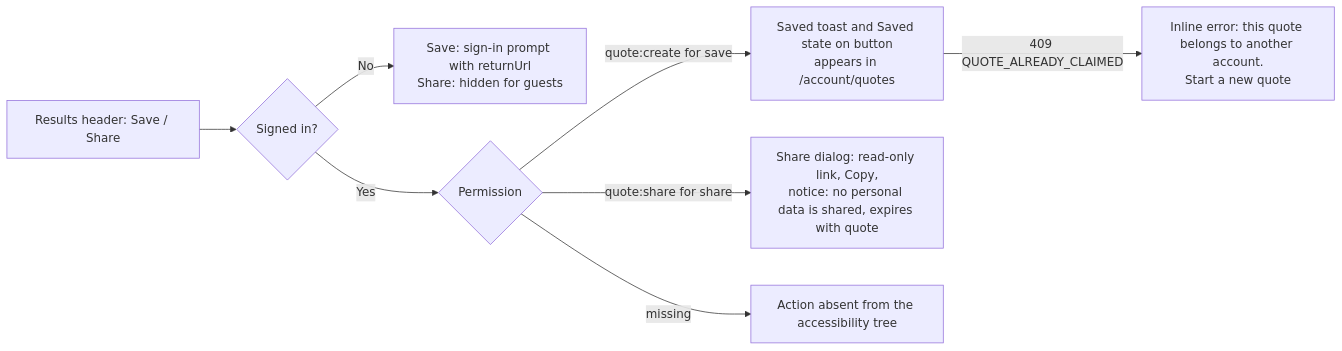
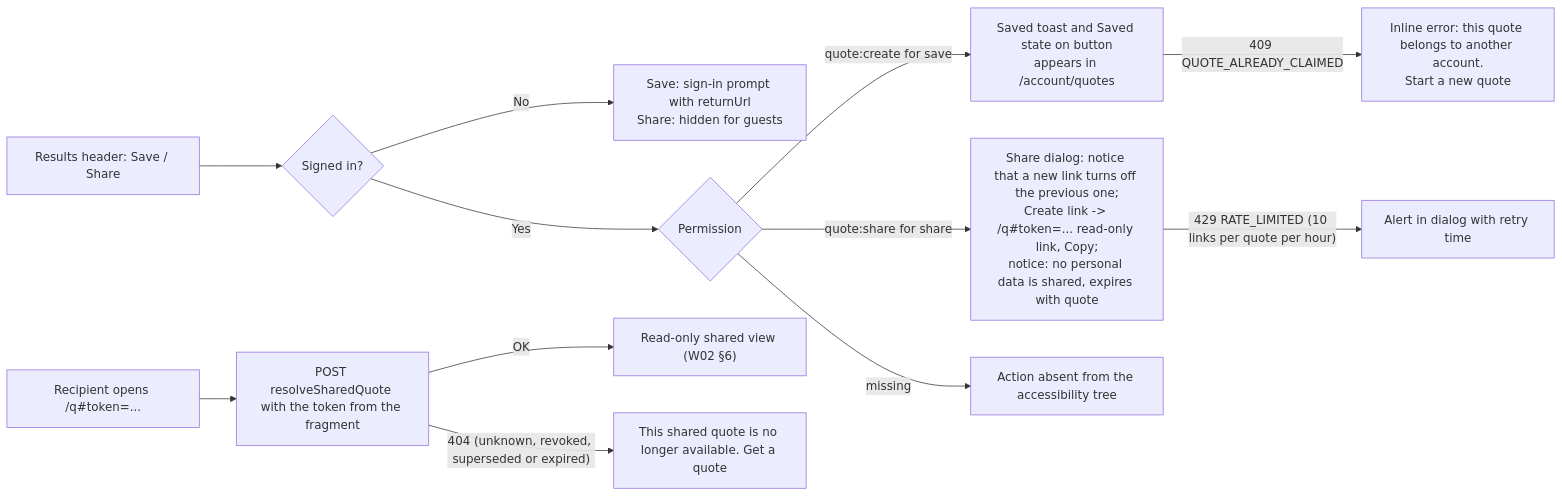
The sixth of 6 diagrams in docs/02-ux/flows/F01-guest-quote-and-compare.md (sukhchdit/shipcube), drawn with Mermaid before and after one commit. The commit also changed 78 other files, not shown here.

````diff
--- a/docs/02-ux/flows/F01-guest-quote-and-compare.md
+++ b/docs/02-ux/flows/F01-guest-quote-and-compare.md
@@ -125,10 +125,14 @@
 ```mermaid
 flowchart LR
   S0["Results header: Save / Share"] --> S1{"Signed in?"}
   S1 -->|No| S2["Save: sign-in prompt with returnUrl<br/>Share: hidden for guests"]
   S1 -->|Yes| S3{"Permission"}
   S3 -->|"quote:create for save"| S4["Saved toast and Saved state on button<br/>appears in /account/quotes"]
-  S3 -->|"quote:share for share"| S5["Share dialog: read-only link, Copy,<br/>notice: no personal data is shared, expires with quote"]
+  S3 -->|"quote:share for share"| S5["Share dialog: notice that a new link turns off the previous one;<br/>Create link -> /q#token=... read-only link, Copy;<br/>notice: no personal data is shared, expires with quote"]
+  S5 -->|"429 RATE_LIMITED (10 links per quote per hour)"| S8["Alert in dialog with retry time"]
   S3 -->|missing| S6["Action absent from the accessibility tree"]
   S4 -->|"409 QUOTE_ALREADY_CLAIMED"| S7["Inline error: this quote belongs to another account.<br/>Start a new quote"]
+  R0["Recipient opens /q#token=..."] --> R1["POST resolveSharedQuote with the token from the fragment"]
+  R1 -->|OK| R2["Read-only shared view (W02 §6)"]
+  R1 -->|"404 (unknown, revoked, superseded or expired)"| R3["This shared quote is no longer available. Get a quote"]
 ```
````
